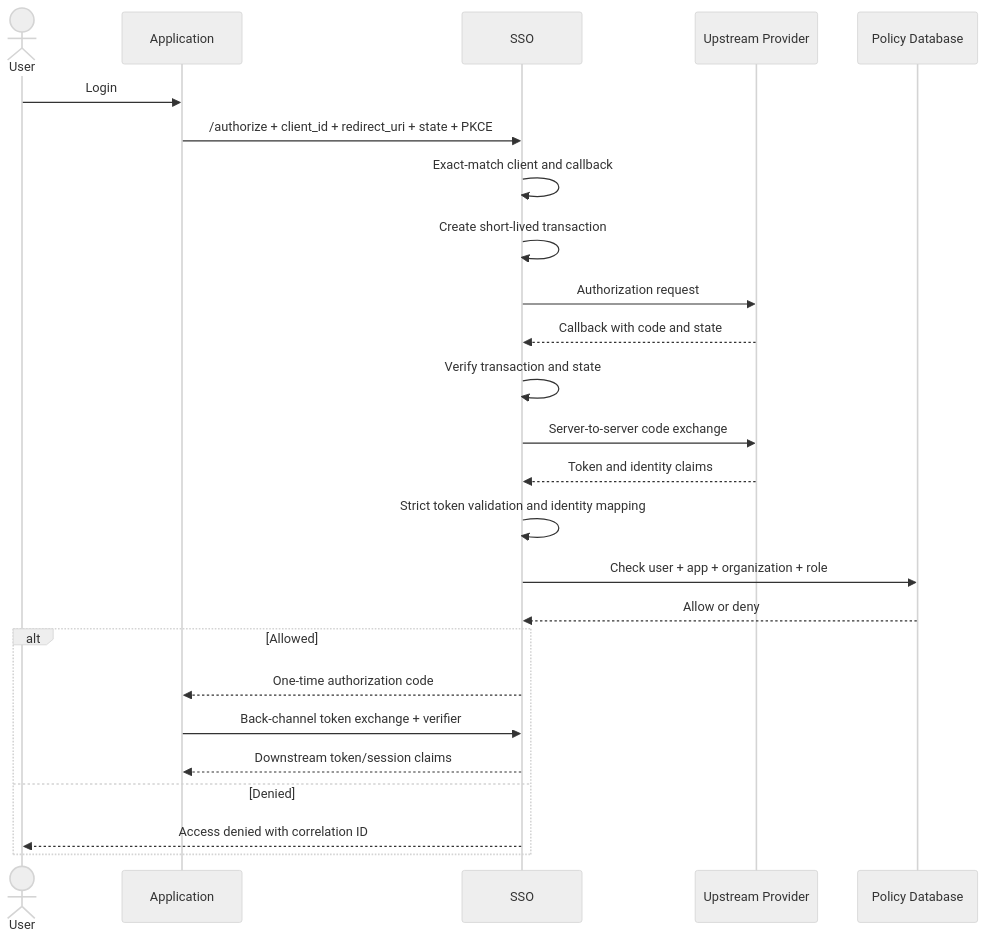
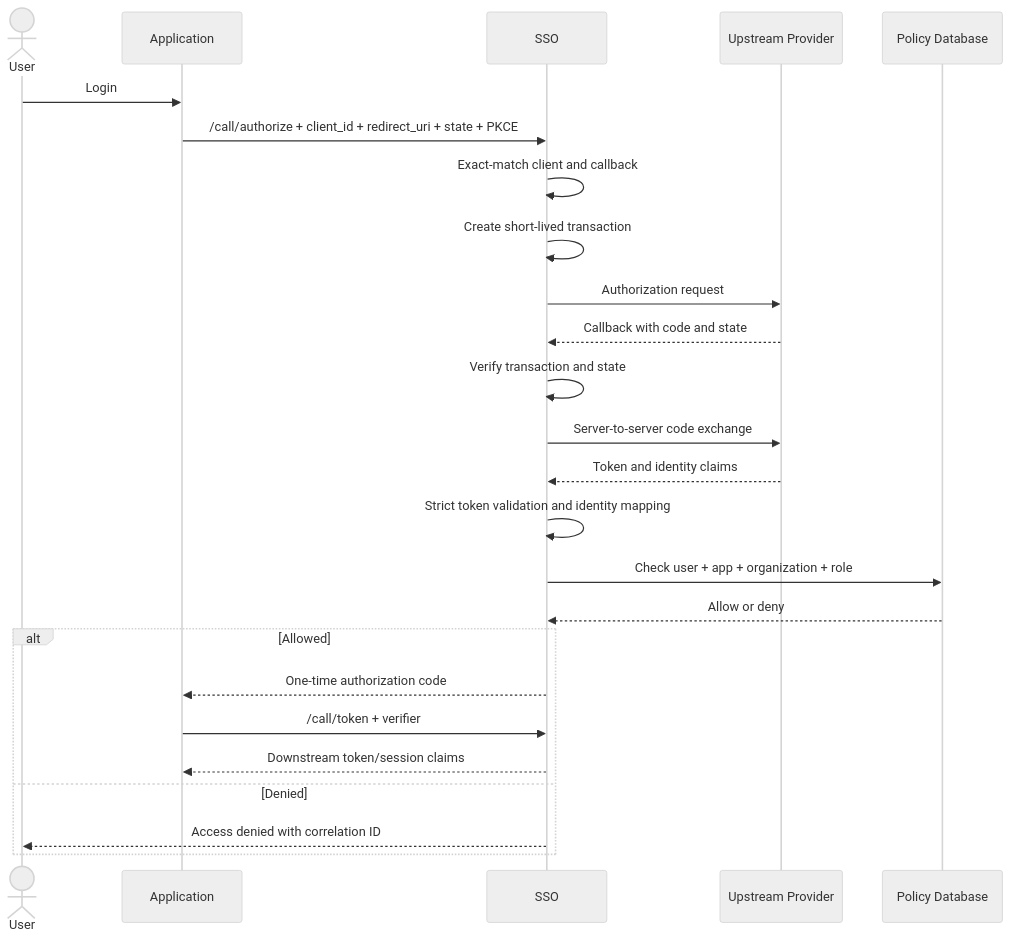
The diagram in docs/SSO_ARCHITECTURE.md (golderboy/SSO-API), drawn with Mermaid (neutral theme) before and after one commit. The commit also changed other lines of this file and 28 other files, not shown here.

````diff
--- a/docs/SSO_ARCHITECTURE.md
+++ b/docs/SSO_ARCHITECTURE.md
@@ -21,28 +28,28 @@
 ```mermaid
 sequenceDiagram
     actor U as User
     participant A as Application
     participant S as SSO
     participant P as Upstream Provider
     participant D as Policy Database
 
     U->>A: Login
-    A->>S: /authorize + client_id + redirect_uri + state + PKCE
+    A->>S: /call/authorize + client_id + redirect_uri + state + PKCE
     S->>S: Exact-match client and callback
     S->>S: Create short-lived transaction
     S->>P: Authorization request
     P-->>S: Callback with code and state
     S->>S: Verify transaction and state
     S->>P: Server-to-server code exchange
     P-->>S: Token and identity claims
     S->>S: Strict token validation and identity mapping
     S->>D: Check user + app + organization + role
     D-->>S: Allow or deny
     alt Allowed
         S-->>A: One-time authorization code
-        A->>S: Back-channel token exchange + verifier
+        A->>S: /call/token + verifier
         S-->>A: Downstream token/session claims
     else Denied
         S-->>U: Access denied with correlation ID
     end
 ```
````
